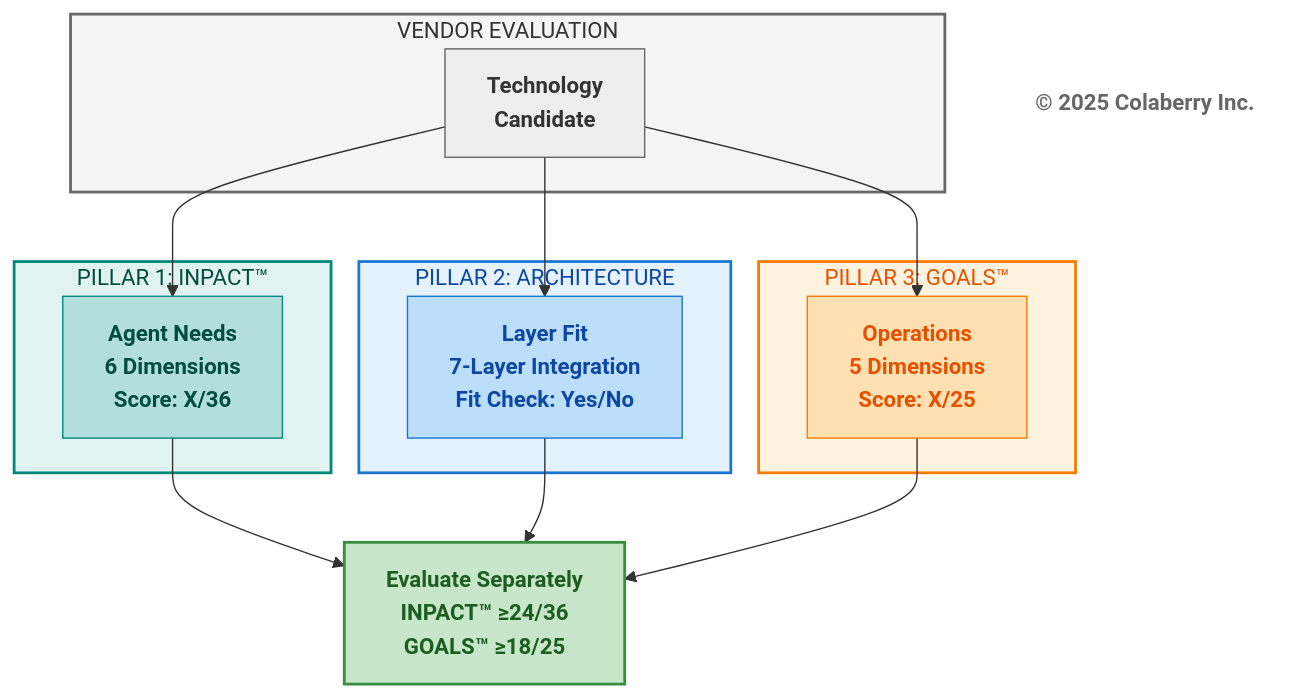
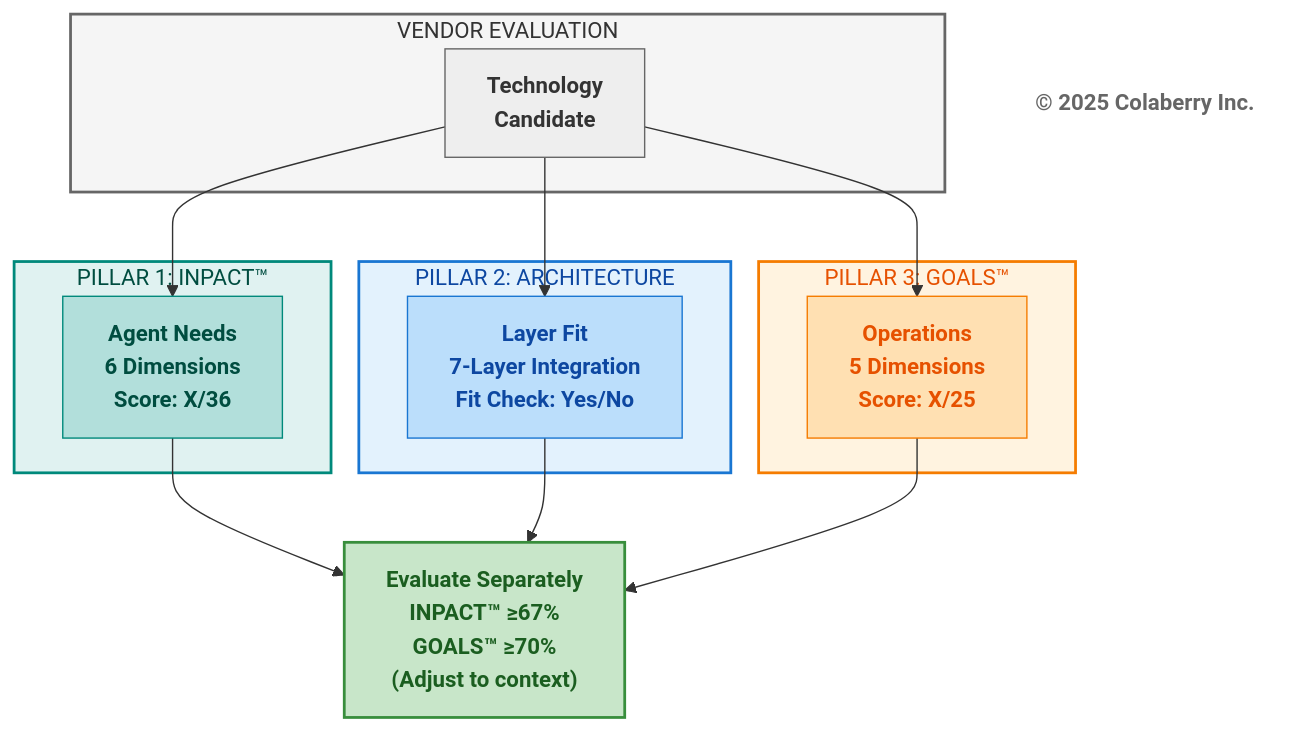
Before and after one commit to saitejesh-cyber/trust-before-intelligence-book: the second of 5 diagrams in manuscript/12_chapter_11_technology_selection_guide.md, drawn with Mermaid. The commit also changed other lines of this file, not shown here.

````diff
--- a/manuscript/12_chapter_11_technology_selection_guide.md
+++ b/manuscript/12_chapter_11_technology_selection_guide.md
@@ -111,39 +111,39 @@
 ```mermaid
 graph TD
     subgraph VENDOR["VENDOR EVALUATION"]
         V["<b>Technology<br/>Candidate</b>"]
     end
     
     subgraph PILLAR1["PILLAR 1: INPACT™"]
         P1["<b>Agent Needs</b><br/><b>6 Dimensions</b><br/><b>Score: X/36</b>"]
     end
     
     subgraph PILLAR2["PILLAR 2: ARCHITECTURE"]
         P2["<b>Layer Fit</b><br/><b>7-Layer Integration</b><br/><b>Fit Check: Yes/No</b>"]
     end
     
     subgraph PILLAR3["PILLAR 3: GOALS™"]
         P3["<b>Operations</b><br/><b>5 Dimensions</b><br/><b>Score: X/25</b>"]
     end
     
     V --> P1
     V --> P2
     V --> P3
     
-    P1 --> EVAL["<b>Evaluate Separately</b><br/><b>INPACT™ ≥24/36</b><br/><b>GOALS™ ≥18/25</b>"]
+P1 --> EVAL["<b>Evaluate Separately</b><br/><b>INPACT™ ≥67%</b><br/><b>GOALS™ ≥70%</b><br/><b>(Adjust to context)</b>"]
     P2 --> EVAL
     P3 --> EVAL
     
     Copyright["<b>© 2025 Colaberry Inc.</b>"]
     
     style VENDOR fill:#f5f5f5,stroke:#666666,stroke-width:2px,color:#333333
     style PILLAR1 fill:#e0f2f1,stroke:#00897b,stroke-width:2px,color:#004d40
     style PILLAR2 fill:#e3f2fd,stroke:#1976d2,stroke-width:2px,color:#0d47a1
     style PILLAR3 fill:#fff3e0,stroke:#f57c00,stroke-width:2px,color:#e65100
     style V fill:#eeeeee,stroke:#666666,color:#333333
     style P1 fill:#b2dfdb,stroke:#00897b,color:#004d40
     style P2 fill:#bbdefb,stroke:#1976d2,color:#0d47a1
     style P3 fill:#ffe0b2,stroke:#f57c00,color:#e65100
     style EVAL fill:#c8e6c9,stroke:#388e3c,stroke-width:2px,color:#1b5e20
     style Copyright fill:#ffffff,stroke:none,color:#666666
 ```
````
